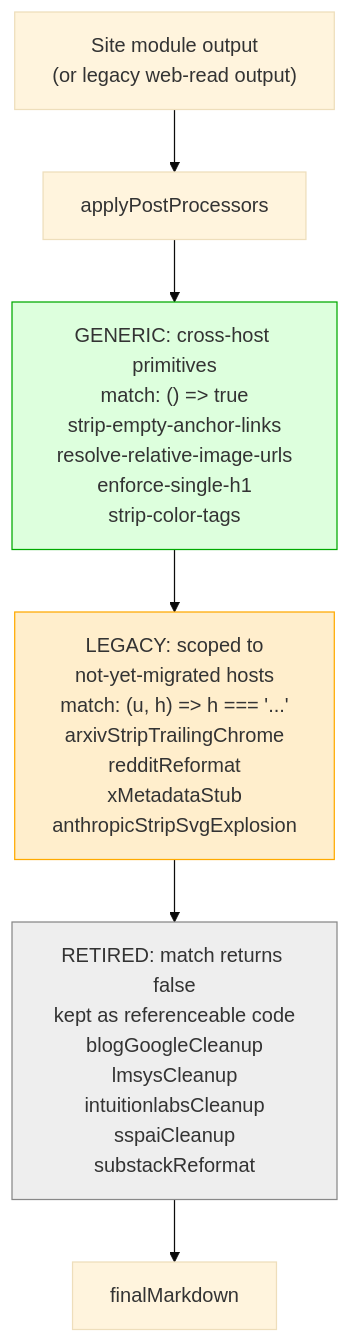
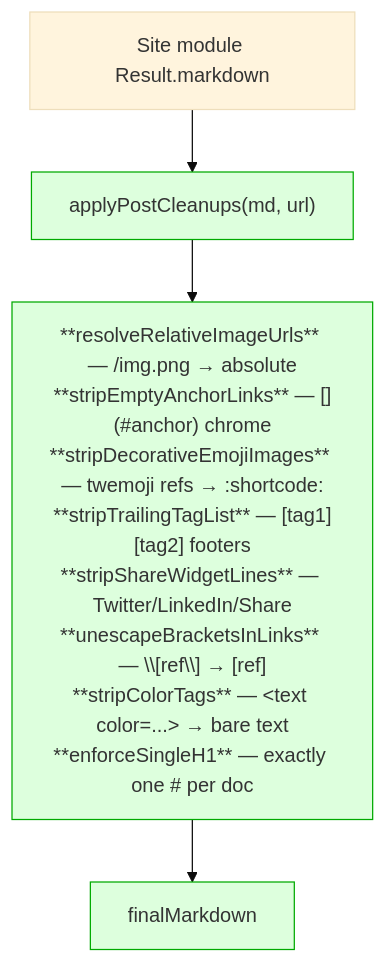
The fourth of 4 diagrams in docs/fetcher-architecture.md (charles1614/hirono-wiki), drawn with Mermaid (base theme) before and after one commit. The commit also changed other lines of this file and 14 other files, not shown here.

First line of the commit message:
refactor: delete legacy fetcher dispatch + post-processor pipeline (C12)

````diff
--- a/docs/fetcher-architecture.md
+++ b/docs/fetcher-architecture.md
@@ -207,16 +184,12 @@
 ```mermaid
 flowchart TB
-    SiteOutput["Site module output<br/>(or legacy web-read output)"] --> PP["applyPostProcessors"]
+    SiteOutput["Site module Result.markdown"] --> Cleanup["applyPostCleanups(md, url)"]
 
-    PP --> P1["GENERIC: cross-host primitives<br/>match: () => true<br/>strip-empty-anchor-links<br/>resolve-relative-image-urls<br/>enforce-single-h1<br/>strip-color-tags"]
+    Cleanup --> Steps["**resolveRelativeImageUrls** — /img.png → absolute<br/>**stripEmptyAnchorLinks** — [](#anchor) chrome<br/>**stripDecorativeEmojiImages** — twemoji refs → :shortcode:<br/>**stripTrailingTagList** — [tag1][tag2] footers<br/>**stripShareWidgetLines** — Twitter/LinkedIn/Share<br/>**unescapeBracketsInLinks** — \\[ref\\] → [ref]<br/>**stripColorTags** — &lt;text color=...&gt; → bare text<br/>**enforceSingleH1** — exactly one # per doc"]
 
-    P1 --> P2["LEGACY: scoped to<br/>not-yet-migrated hosts<br/>match: (u, h) => h === '...'<br/>arxivStripTrailingChrome<br/>redditReformat<br/>xMetadataStub<br/>anthropicStripSvgExplosion"]
+    Steps --> Final["finalMarkdown"]
 
-    P2 --> P3["RETIRED: match returns false<br/>kept as referenceable code<br/>blogGoogleCleanup<br/>lmsysCleanup<br/>intuitionlabsCleanup<br/>sspaiCleanup<br/>substackReformat"]
-
-    P3 --> Out["finalMarkdown"]
-
-    style P1 fill:#dfd,stroke:#0a0
-    style P2 fill:#fec,stroke:#fa0
-    style P3 fill:#eee,stroke:#888
+    style Cleanup fill:#dfd,stroke:#0a0
+    style Steps fill:#dfd,stroke:#0a0
+    style Final fill:#dfd,stroke:#0a0
 ```
````
